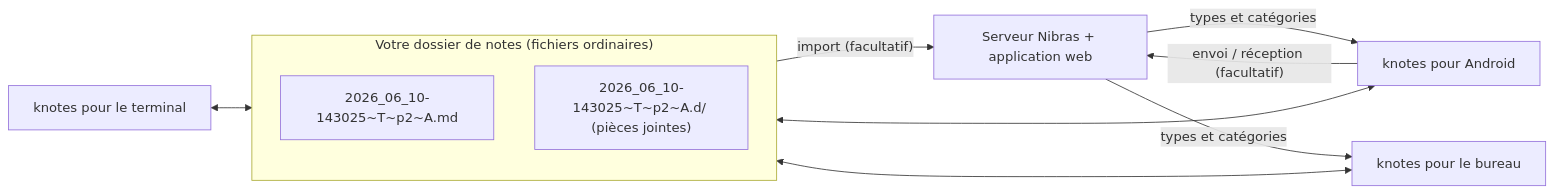
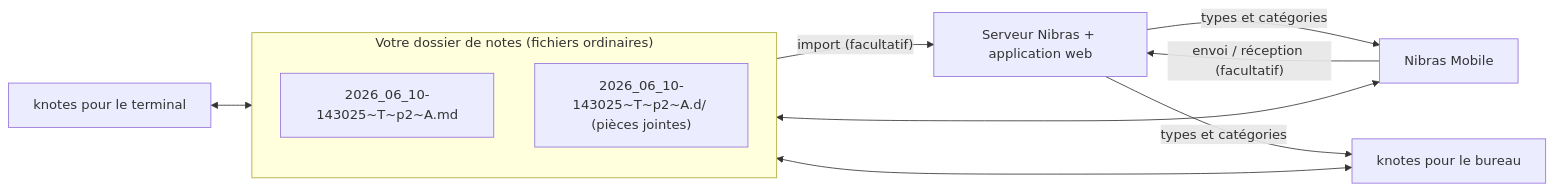
Before and after one commit to mhm-fakih/nibras-pim: the diagram in docs/src/concepts/index.fr.md, drawn with Mermaid. The commit also changed 196 other files, not shown here.

````diff
--- a/docs/src/concepts/index.fr.md
+++ b/docs/src/concepts/index.fr.md
@@ -6,14 +6,14 @@
 ```mermaid
 flowchart LR
     subgraph folder["Votre dossier de notes (fichiers ordinaires)"]
         N["2026_06_10-143025~T~p2~A.md"]
         D["2026_06_10-143025~T~p2~A.d/ (pièces jointes)"]
     end
-    Phone["knotes pour Android"] <--> folder
+    Phone["Nibras Mobile"] <--> folder
     Desktop["knotes pour le bureau"] <--> folder
     Term["knotes pour le terminal"] <--> folder
     folder -- "import (facultatif)" --> Server["Serveur Nibras + application web"]
     Phone -- "envoi / réception (facultatif)" --> Server
     Server -- "types et catégories" --> Phone
     Server -- "types et catégories" --> Desktop
 ```
````
